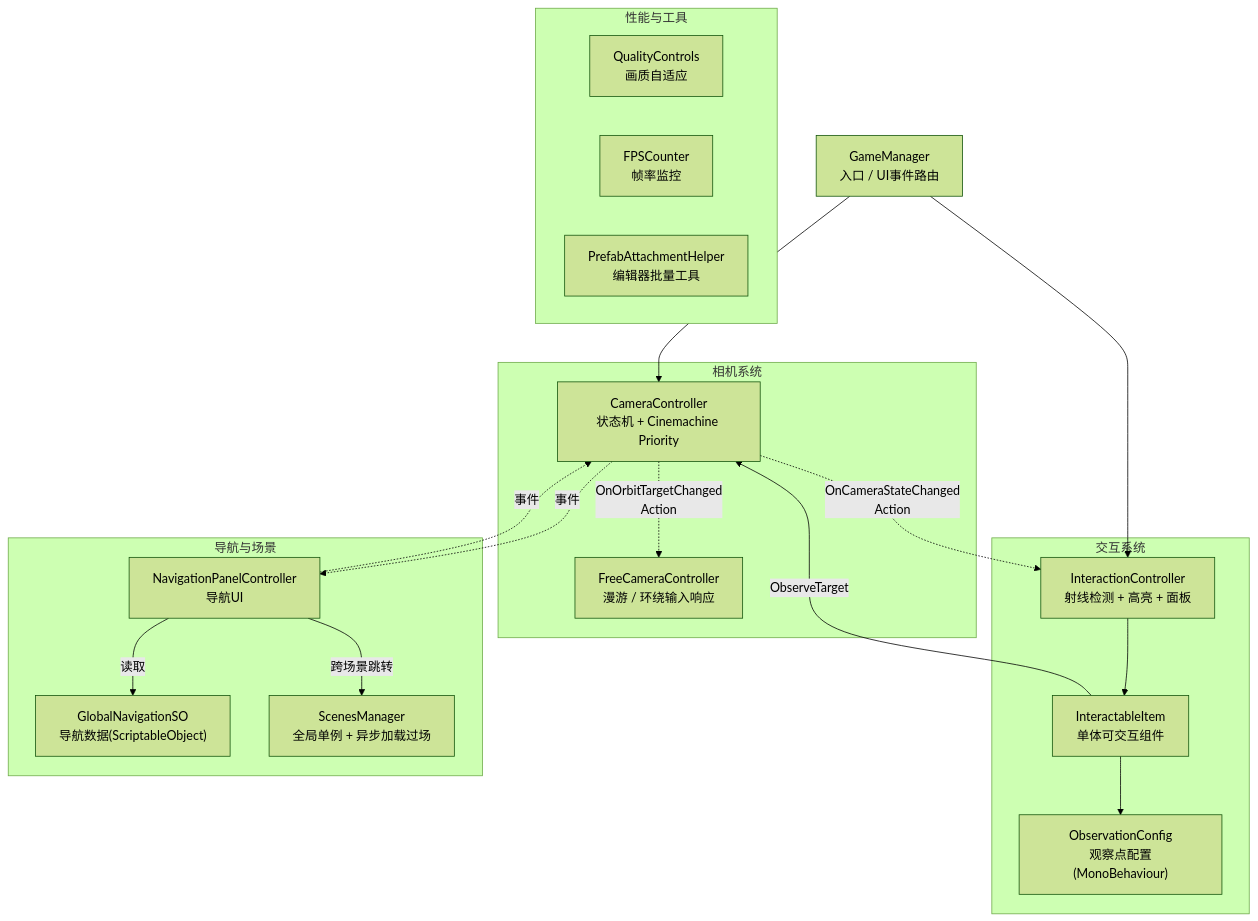
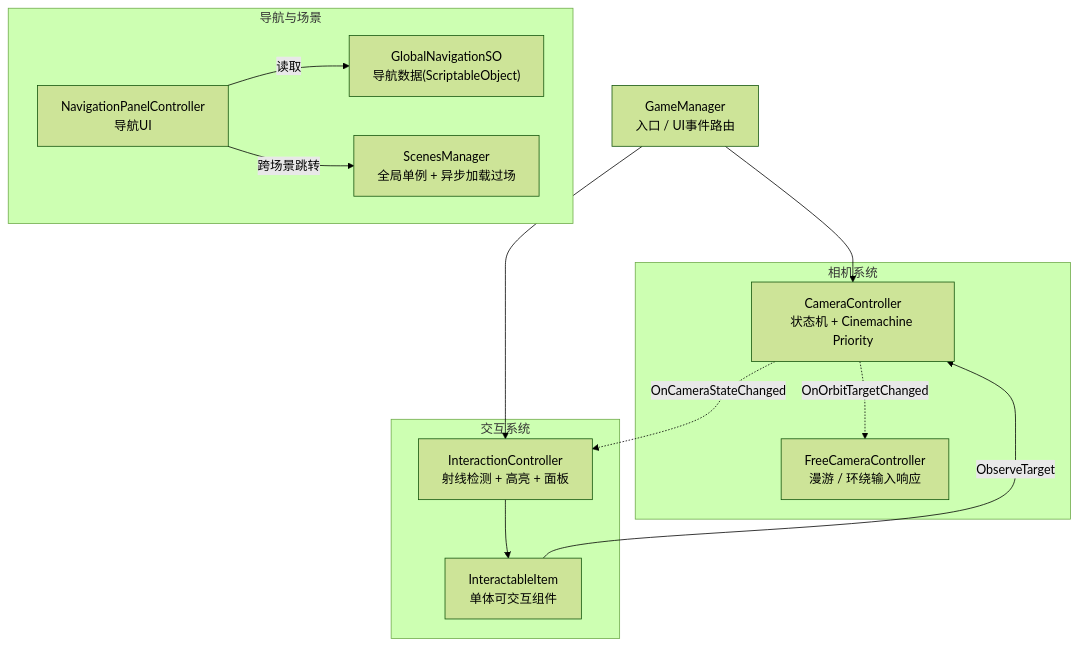
The diagram in src/content/works/smart-campus-digital-twin.md (9llll/moci-blog), drawn with Mermaid (forest theme) before and after one commit. The commit also changed other lines of this file and 5 other files, not shown here.

First line of the commit message:
feat: update smart campus digital twin project details and enhance Mermaid integration

````diff
--- a/src/content/works/smart-campus-digital-twin.md
+++ b/src/content/works/smart-campus-digital-twin.md
@@ -79,39 +58,29 @@
 ```mermaid
 graph TD
     GM["GameManager\n入口 / UI事件路由"]
 
     subgraph 相机系统
         CC["CameraController\n状态机 + Cinemachine Priority"]
         FCC["FreeCameraController\n漫游 / 环绕输入响应"]
     end
 
     subgraph 交互系统
         IC["InteractionController\n射线检测 + 高亮 + 面板"]
         II["InteractableItem\n单体可交互组件"]
-        OC["ObservationConfig\n观察点配置(MonoBehaviour)"]
     end
 
     subgraph 导航与场景
         NPC["NavigationPanelController\n导航UI"]
         SO["GlobalNavigationSO\n导航数据(ScriptableObject)"]
         SM["ScenesManager\n全局单例 + 异步加载过场"]
     end
 
-    subgraph 性能与工具
-        QC["QualityControls\n画质自适应"]
-        FPS["FPSCounter\n帧率监控"]
-        PAH["PrefabAttachmentHelper\n编辑器批量工具"]
-    end
-
     GM --> CC
     GM --> IC
-    CC -.->|"OnCameraStateChanged\nAction<CameraState>"| IC
-    CC -.->|"OnOrbitTargetChanged\nAction<Transform>"| FCC
-    CC -.->|事件| NPC
+    CC -.->|"OnCameraStateChanged"| IC
+    CC -.->|"OnOrbitTargetChanged"| FCC
     IC --> II
-    II --> OC
     II -->|ObserveTarget| CC
     NPC -->|读取| SO
     NPC -->|跨场景跳转| SM
-    NPC -.->|事件| CC
 ```
````
